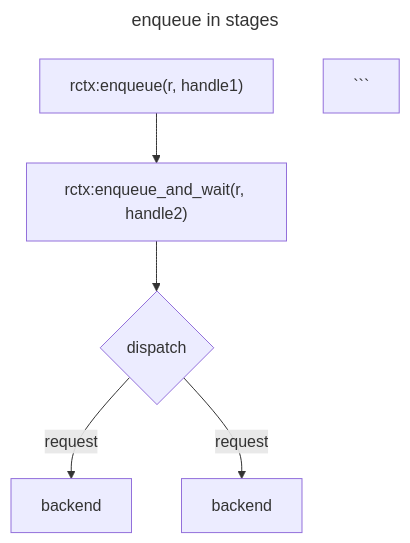
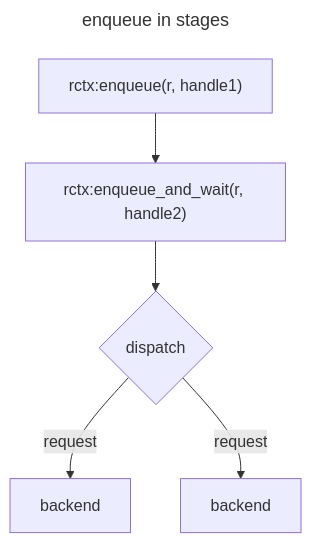
The third of 3 diagrams in content/features/proxy/api-reference.md (memcached/memcached.github.io), drawn with Mermaid before and after one commit. The commit also changed other lines of this file, not shown here.

````diff
--- a/content/features/proxy/api-reference.md
+++ b/content/features/proxy/api-reference.md
@@ -277,11 +269,10 @@
-<pre class="mermaid">
+```mermaid
 ---
 title: enqueue in stages
 ---
 flowchart TD
     A["rctx:enqueue(r, handle1)"] -->B["rctx:enqueue_and_wait(r, handle2)"]
     B --> C{dispatch}
     C -->|request| D[backend]
     C -->|request| E[backend]
 ```
-</pre>
````
